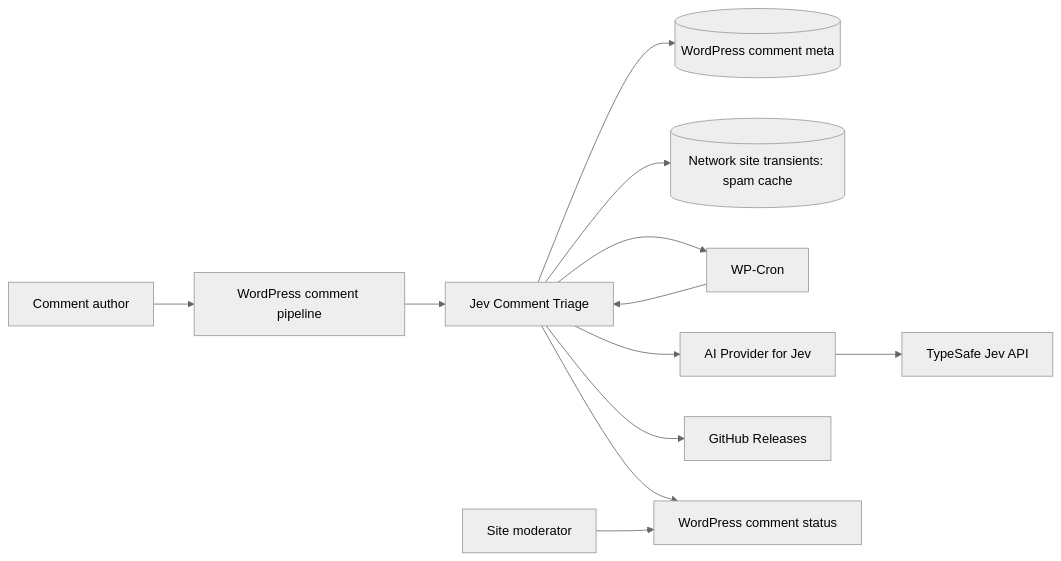
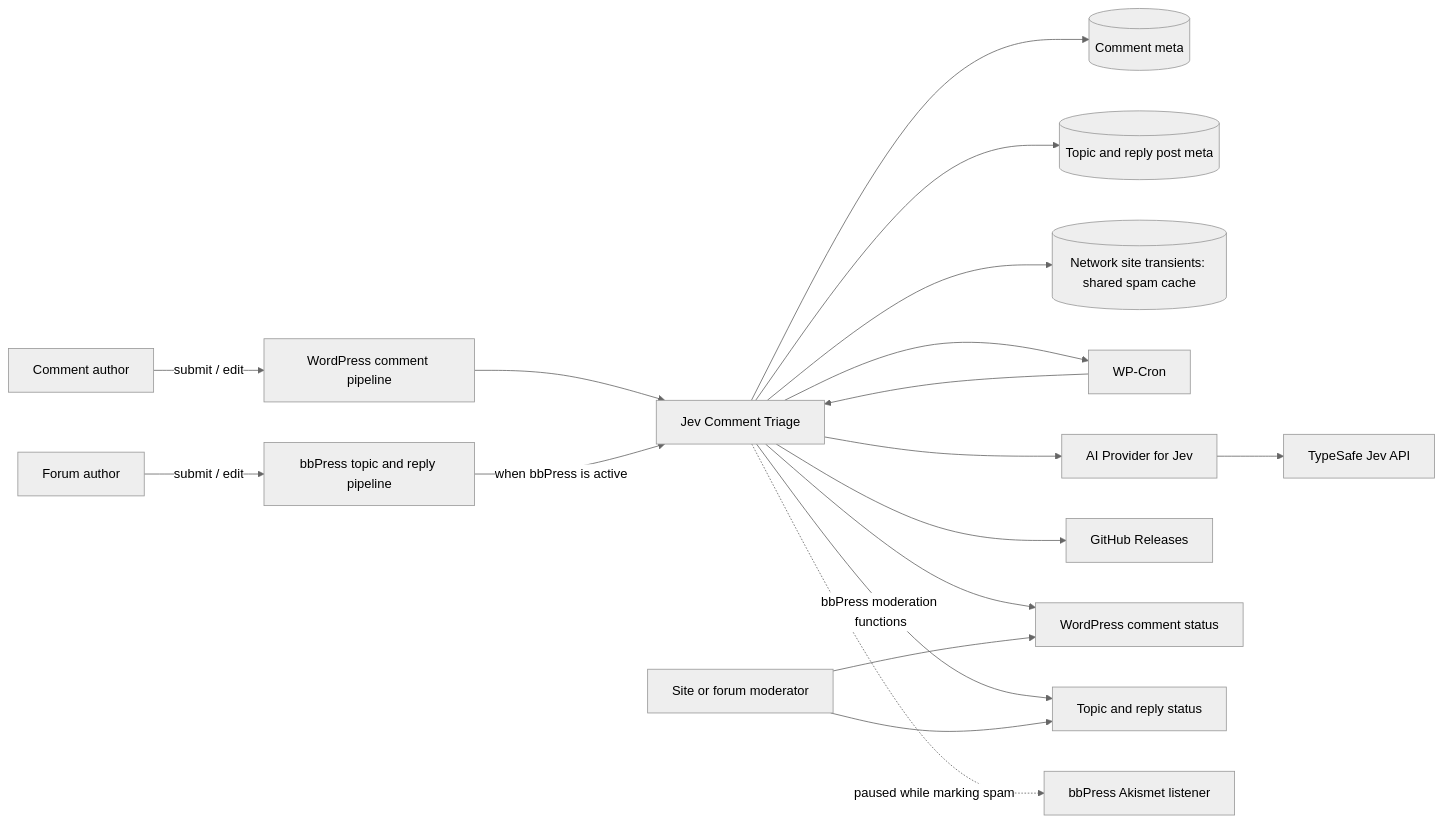
The first of 2 diagrams in docs/architecture.md (soderlind/jev-comment-triage), drawn with Mermaid (neutral theme) before and after one commit. The commit also changed other lines of this file and 38 other files, not shown here.

Commit message:
docs: cover bbPress and edit re-triage in architecture and diagrams

````diff
--- a/docs/architecture.md
+++ b/docs/architecture.md
@@ -40,14 +42,20 @@
 ```mermaid
 flowchart LR
-    Visitor[Comment author] --> WordPress[WordPress comment pipeline]
+    Visitor[Comment author] -->|submit / edit| WordPress[WordPress comment pipeline]
+    ForumUser[Forum author] -->|submit / edit| BbPress[bbPress topic and reply pipeline]
     WordPress --> Plugin[Jev Comment Triage]
-    Plugin --> Meta[(WordPress comment meta)]
-    Plugin --> Cache[(Network site transients: spam cache)]
+    BbPress -->|when bbPress is active| Plugin
+    Plugin --> Meta[(Comment meta)]
+    Plugin --> PostMeta[(Topic and reply post meta)]
+    Plugin --> Cache[(Network site transients: shared spam cache)]
     Plugin --> Cron[WP-Cron]
     Cron --> Plugin
     Plugin --> Provider[AI Provider for Jev]
     Provider --> TypeSafe[TypeSafe Jev API]
     Plugin --> Releases[GitHub Releases]
     Plugin --> Status[WordPress comment status]
-    Moderator[Site moderator] --> Status
+    Plugin -->|bbPress moderation functions| ForumStatus[Topic and reply status]
+    Plugin -. paused while marking spam .-> Akismet[bbPress Akismet listener]
+    Moderator[Site or forum moderator] --> Status
+    Moderator --> ForumStatus
 ```
````
